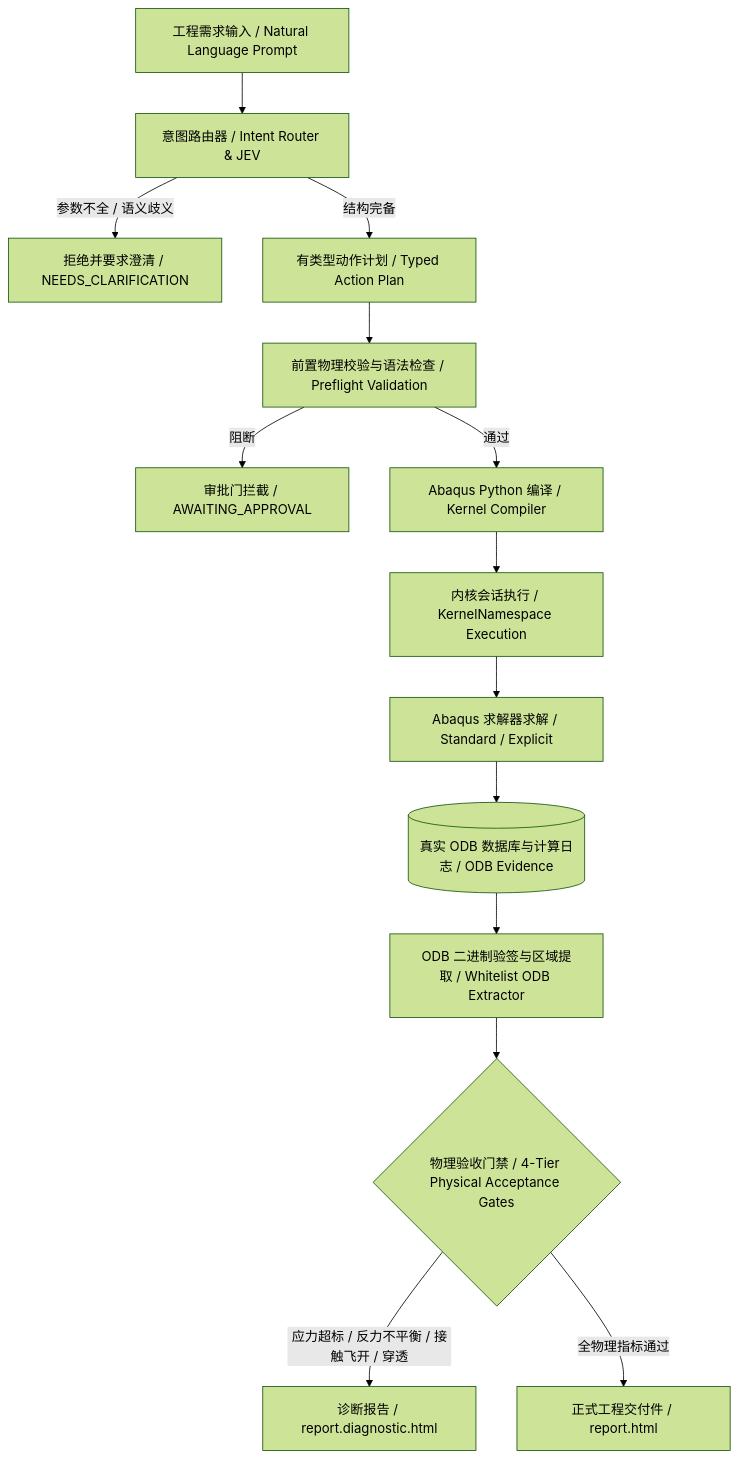
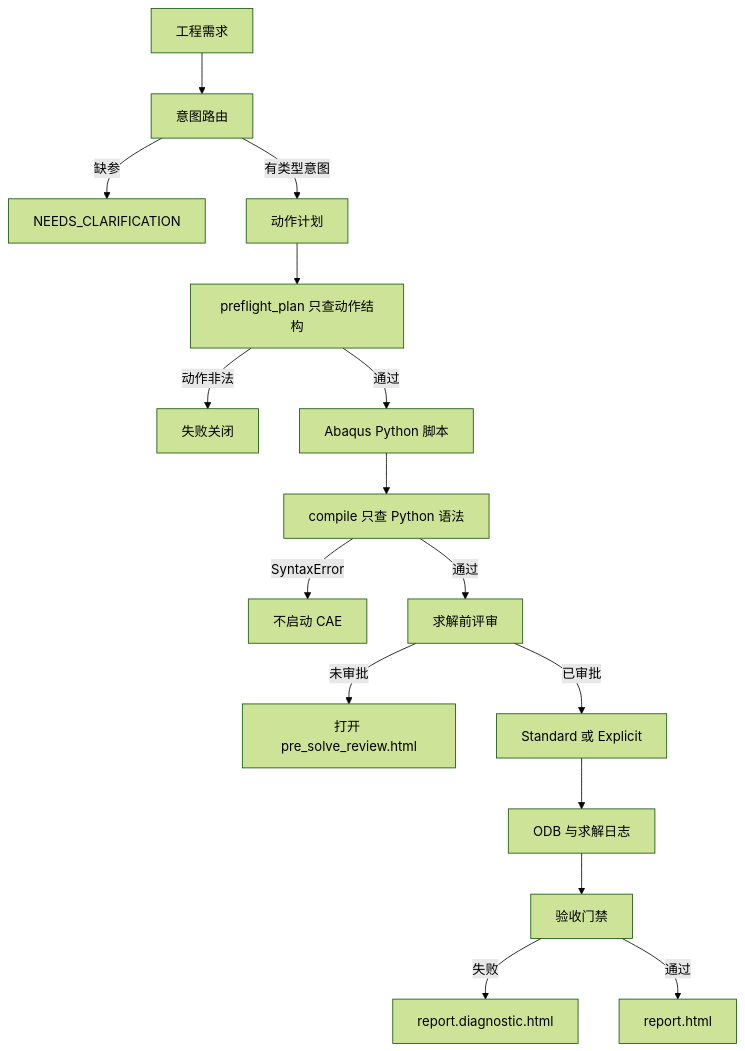
One commit to chenlei-gh/Abaqus-AI-Agent changed the diagram in README_CN.md. Above: the diagram before and after it, drawn with Mermaid (forest theme). The commit also changed other lines of this file and 2 other files, not shown here.

````diff
--- a/README_CN.md
+++ b/README_CN.md
@@ -19,16 +16,18 @@
 ```mermaid
 flowchart TD
-    NL[工程需求输入 / Natural Language Prompt] --> Router[意图路由器 / Intent Router & JEV]
-    Router -->|参数不全 / 语义歧义| Clarify[拒绝并要求澄清 / NEEDS_CLARIFICATION]
-    Router -->|结构完备| Plan[有类型动作计划 / Typed Action Plan]
-    Plan --> Preflight[前置物理校验与语法检查 / Preflight Validation]
-    Preflight -->|阻断| Blocked[审批门拦截 / AWAITING_APPROVAL]
-    Preflight -->|通过| Compiler[Abaqus Python 编译 / Kernel Compiler]
-    Compiler --> Batch[内核会话执行 / KernelNamespace Execution]
-    Batch --> Solver[Abaqus 求解器求解 / Standard / Explicit]
-    Solver --> ODB[(真实 ODB 数据库与计算日志 / ODB Evidence)]
-    ODB --> Verify[ODB 二进制验签与区域提取 / Whitelist ODB Extractor]
-    Verify --> Gates{物理验收门禁 / 4-Tier Physical Acceptance Gates}
-    Gates -->|应力超标 / 反力不平衡 / 接触飞开 / 穿透| FailReport[诊断报告 / report.diagnostic.html]
-    Gates -->|全物理指标通过| FormalReport[正式工程交付件 / report.html]
+    NL[工程需求] --> Router[意图路由]
+    Router -->|缺参| Clarify[NEEDS_CLARIFICATION]
+    Router -->|有类型意图| Plan[动作计划]
+    Plan --> Structure[preflight_plan 只查动作结构]
+    Structure -->|动作非法| Stop[失败关闭]
+    Structure -->|通过| Script[Abaqus Python 脚本]
+    Script --> Syntax["compile 只查 Python 语法"]
+    Syntax -->|SyntaxError| NoLaunch[不启动 CAE]
+    Syntax -->|通过| Approval[求解前评审]
+    Approval -->|未审批| Browser[打开 pre_solve_review.html]
+    Approval -->|已审批| Solver[Standard 或 Explicit]
+    Solver --> Evidence[ODB 与求解日志]
+    Evidence --> Gates[验收门禁]
+    Gates -->|失败| Draft[report.diagnostic.html]
+    Gates -->|通过| Formal[report.html]
 ```
````
